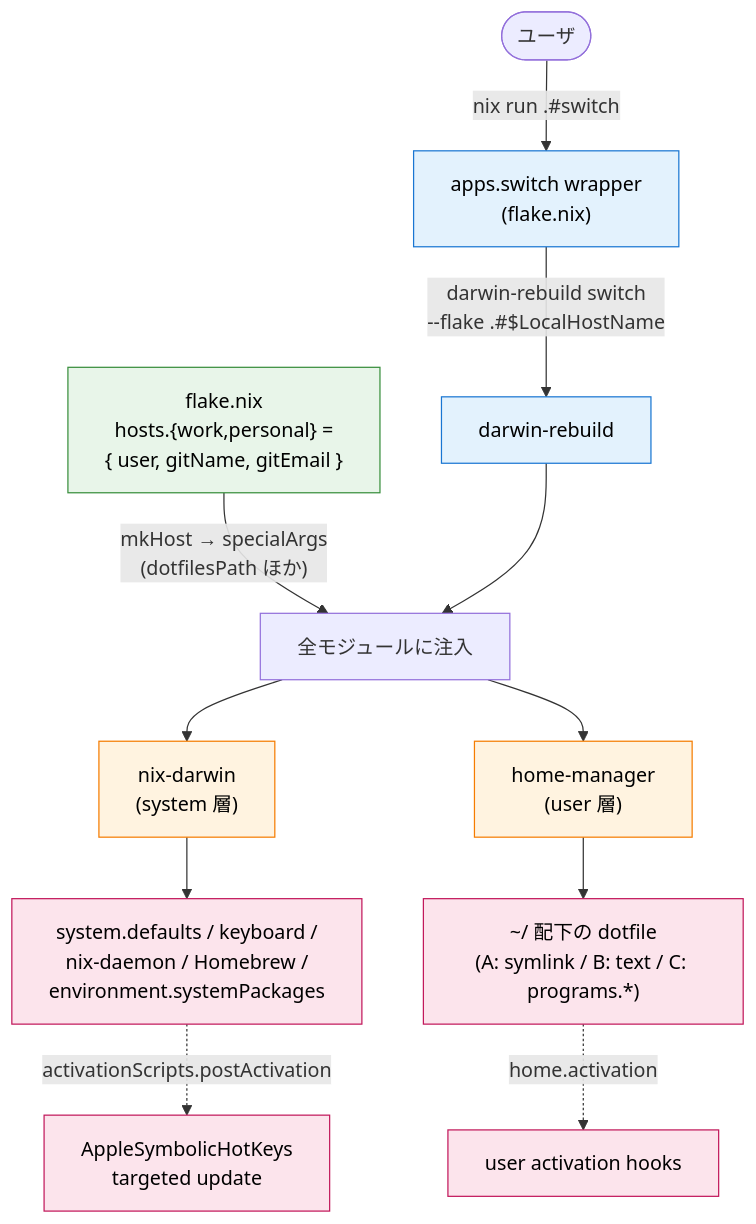
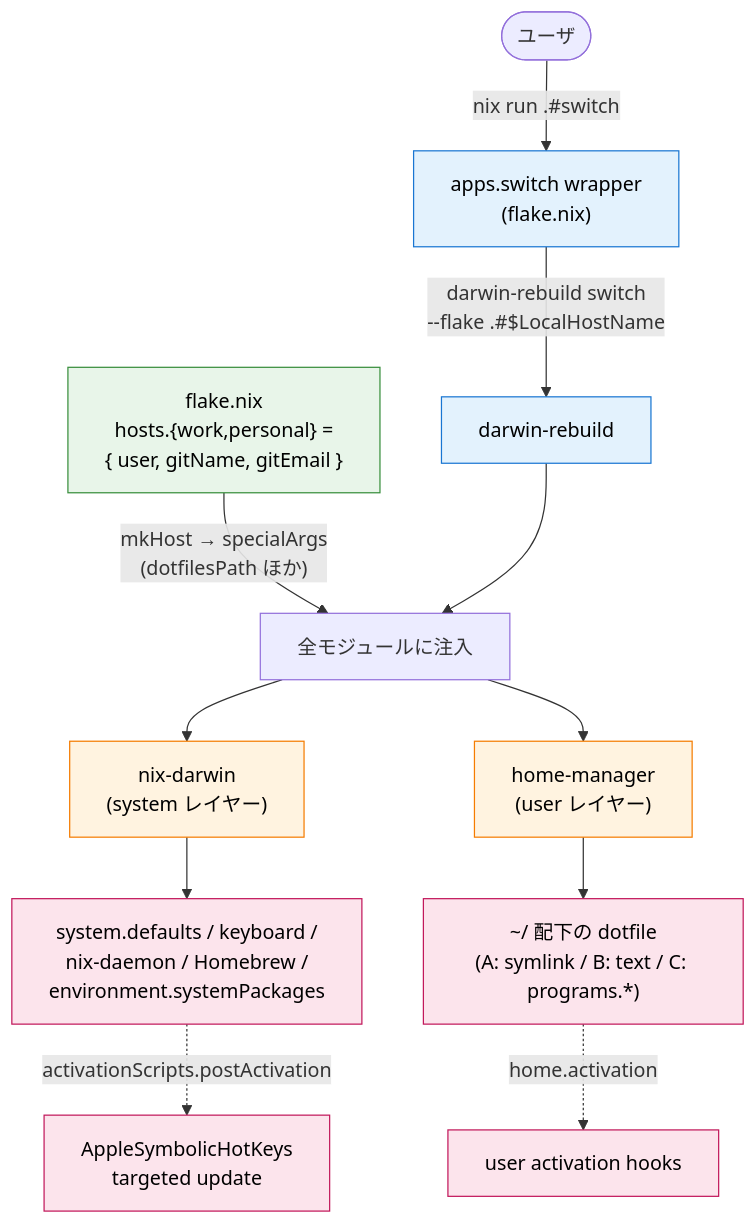
One commit to danimal141/dotfiles changed the first of 3 diagrams in docs/design-philosophy-ja.md. Above: the diagram before and after it, drawn with Mermaid. The commit also changed other lines of this file and 21 other files, not shown here.

````diff
--- a/docs/design-philosophy-ja.md
+++ b/docs/design-philosophy-ja.md
@@ -66,23 +66,23 @@
 ```mermaid
 flowchart TB
     classDef cmd fill:#e3f2fd,stroke:#1976d2,color:#000
     classDef layer fill:#fff3e0,stroke:#f57c00,color:#000
     classDef out fill:#fce4ec,stroke:#c2185b,color:#000
     classDef src fill:#e8f5e9,stroke:#388e3c,color:#000
 
     User([ユーザ]) -->|nix run .#switch| Wrapper["apps.switch wrapper<br/>(flake.nix)"]:::cmd
     Wrapper -->|"darwin-rebuild switch<br/>--flake .#$LocalHostName"| DR["darwin-rebuild"]:::cmd
 
     Flake["flake.nix<br/>hosts.{work,personal} =<br/>{ user, gitName, gitEmail }"]:::src
     Flake -->|"mkHost → specialArgs<br/>(dotfilesPath ほか)"| Mods["全モジュールに注入"]
     DR --> Mods
 
-    Mods --> Sys["nix-darwin<br/>(system 層)"]:::layer
-    Mods --> Home["home-manager<br/>(user 層)"]:::layer
+    Mods --> Sys["nix-darwin<br/>(system レイヤー)"]:::layer
+    Mods --> Home["home-manager<br/>(user レイヤー)"]:::layer
 
     Sys --> SysOut["system.defaults / keyboard /<br/>nix-daemon / Homebrew /<br/>environment.systemPackages"]:::out
     Home --> HomeOut["~/ 配下の dotfile<br/>(A: symlink / B: text / C: programs.*)"]:::out
 
     SysOut -.->|activationScripts.postActivation| ActSys["AppleSymbolicHotKeys<br/>targeted update"]:::out
     HomeOut -.->|home.activation| ActHome["user activation hooks"]:::out
 ```
````
